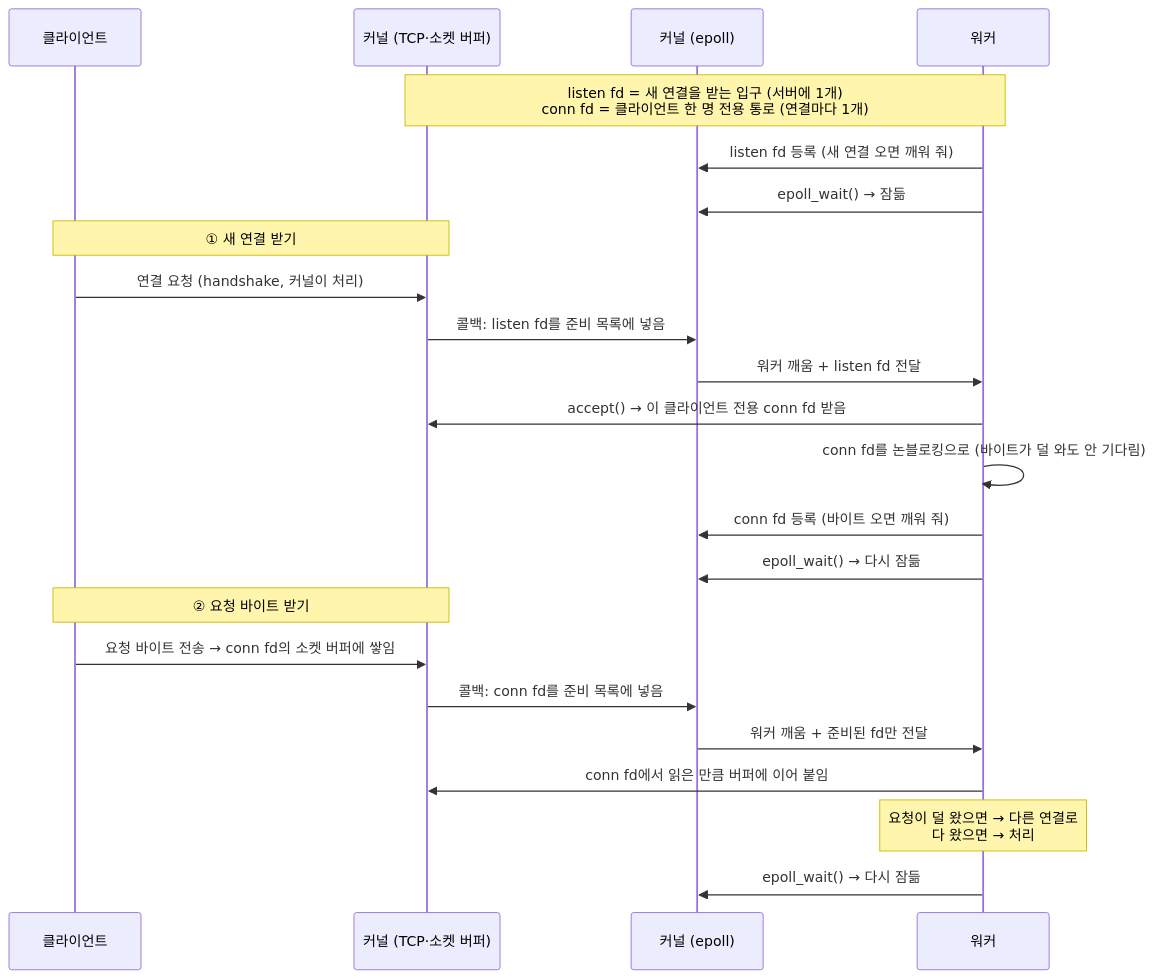
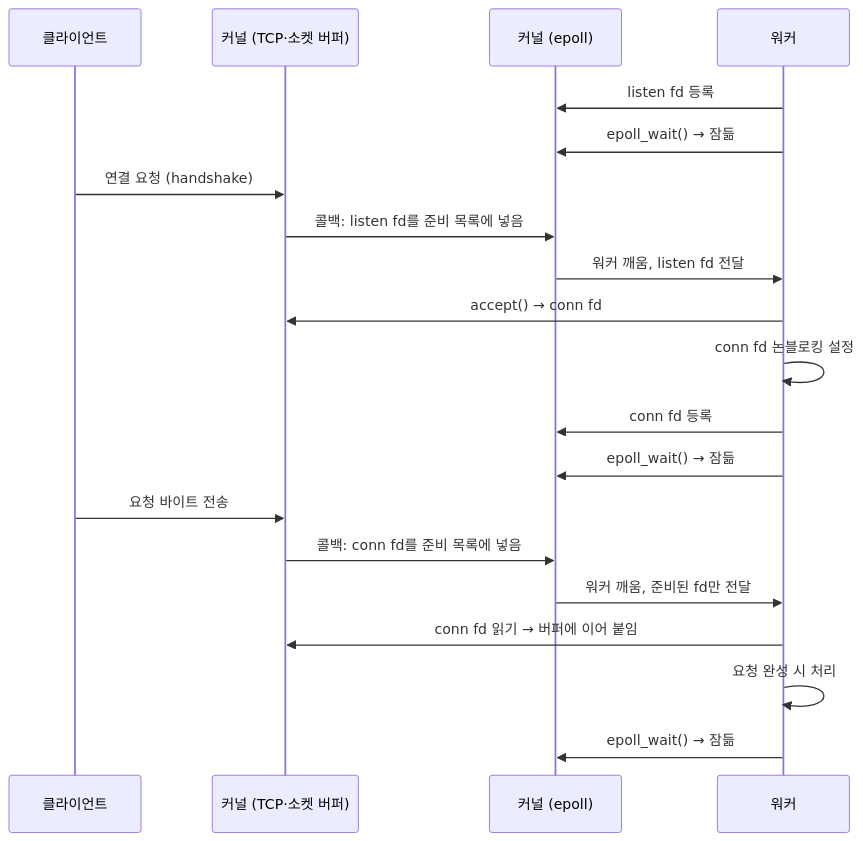
Before and after one commit to choimoohun/SW-AI-W13-Web-Server: the first of 2 diagrams in README.md, drawn with Mermaid.

Commit message:
Update sequence diagram in README.md
Refactor sequence diagram for worker connection handling.

````diff
--- a/README.md
+++ b/README.md
@@ -43,30 +43,25 @@
 ```mermaid
-%%{init: {'themeVariables': {'noteBkgColor': '#fff5ad', 'noteTextColor': '#000000', 'noteBorderColor': '#c9b800'}}}%%
 sequenceDiagram
     participant C as 클라이언트
     participant K as 커널 (TCP·소켓 버퍼)
     participant E as 커널 (epoll)
     participant W as 워커
 
-    Note over K,W: listen fd = 새 연결을 받는 입구 (서버에 1개)<br/>conn fd = 클라이언트 한 명 전용 통로 (연결마다 1개)
-
-    W->>E: listen fd 등록 (새 연결 오면 깨워 줘)
+    W->>E: listen fd 등록
     W->>E: epoll_wait() → 잠듦
 
-    Note over C,K: ① 새 연결 받기
-    C->>K: 연결 요청 (handshake, 커널이 처리)
+    C->>K: 연결 요청 (handshake)
     K->>E: 콜백: listen fd를 준비 목록에 넣음
-    E->>W: 워커 깨움 + listen fd 전달
-    W->>K: accept() → 이 클라이언트 전용 conn fd 받음
-    W->>W: conn fd를 논블로킹으로 (바이트가 덜 와도 안 기다림)
-    W->>E: conn fd 등록 (바이트 오면 깨워 줘)
-    W->>E: epoll_wait() → 다시 잠듦
+    E->>W: 워커 깨움, listen fd 전달
+    W->>K: accept() → conn fd
+    W->>W: conn fd 논블로킹 설정
+    W->>E: conn fd 등록
+    W->>E: epoll_wait() → 잠듦
 
-    Note over C,K: ② 요청 바이트 받기
-    C->>K: 요청 바이트 전송 → conn fd의 소켓 버퍼에 쌓임
+    C->>K: 요청 바이트 전송
     K->>E: 콜백: conn fd를 준비 목록에 넣음
-    E->>W: 워커 깨움 + 준비된 fd만 전달
-    W->>K: conn fd에서 읽은 만큼 버퍼에 이어 붙임
-    Note over W: 요청이 덜 왔으면 → 다른 연결로<br/>다 왔으면 → 처리
-    W->>E: epoll_wait() → 다시 잠듦
+    E->>W: 워커 깨움, 준비된 fd만 전달
+    W->>K: conn fd 읽기 → 버퍼에 이어 붙임
+    W->>W: 요청 완성 시 처리
+    W->>E: epoll_wait() → 잠듦
 ```
````
